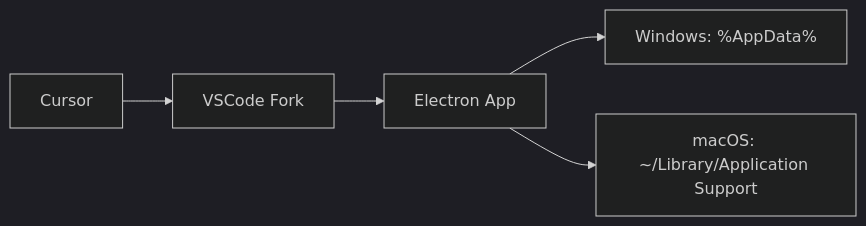
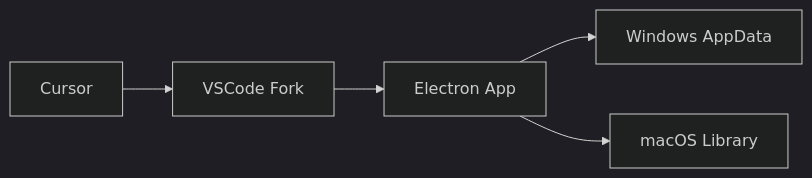
The second of 3 diagrams in docs/articles/cursor-notepads-deep-dive.md (dougwithseismic/cursor-tools), drawn with Mermaid (dark theme) before and after one commit. The commit also changed other lines of this file, not shown here.

Commit message:
docs: fix mermaid diagram parse error

````diff
--- a/docs/articles/cursor-notepads-deep-dive.md
+++ b/docs/articles/cursor-notepads-deep-dive.md
@@ -90,7 +90,7 @@
 ```mermaid
 graph LR
     A[Cursor] --> B[VSCode Fork]
     B --> C[Electron App]
-    C --> D[Windows: %AppData%]
-    C --> E[macOS: ~/Library/Application Support]
+    C --> D[Windows AppData]
+    C --> E[macOS Library]
 ```
````
